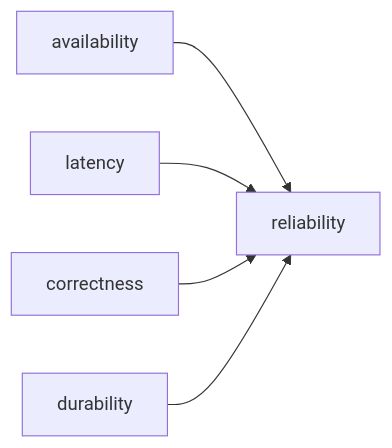
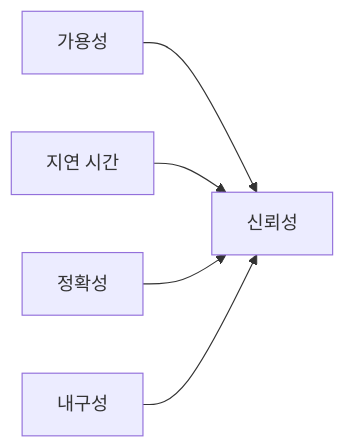
The diagram in content/sre-101/ko/02-reliability.md (yeongseon-books/book-content), drawn with Mermaid before and after one commit. The commit also changed other lines of this file and 9 other files, not shown here.

````diff
--- a/content/sre-101/ko/02-reliability.md
+++ b/content/sre-101/ko/02-reliability.md
@@ -33,7 +47,7 @@
 ```mermaid
 flowchart LR
-    Avail["availability"] --> R["reliability"]
-    Lat["latency"] --> R
-    Corr["correctness"] --> R
-    Dur["durability"] --> R
+    Avail["가용성"] --> R["신뢰성"]
+    Lat["지연 시간"] --> R
+    Corr["정확성"] --> R
+    Dur["내구성"] --> R
 ```
````
